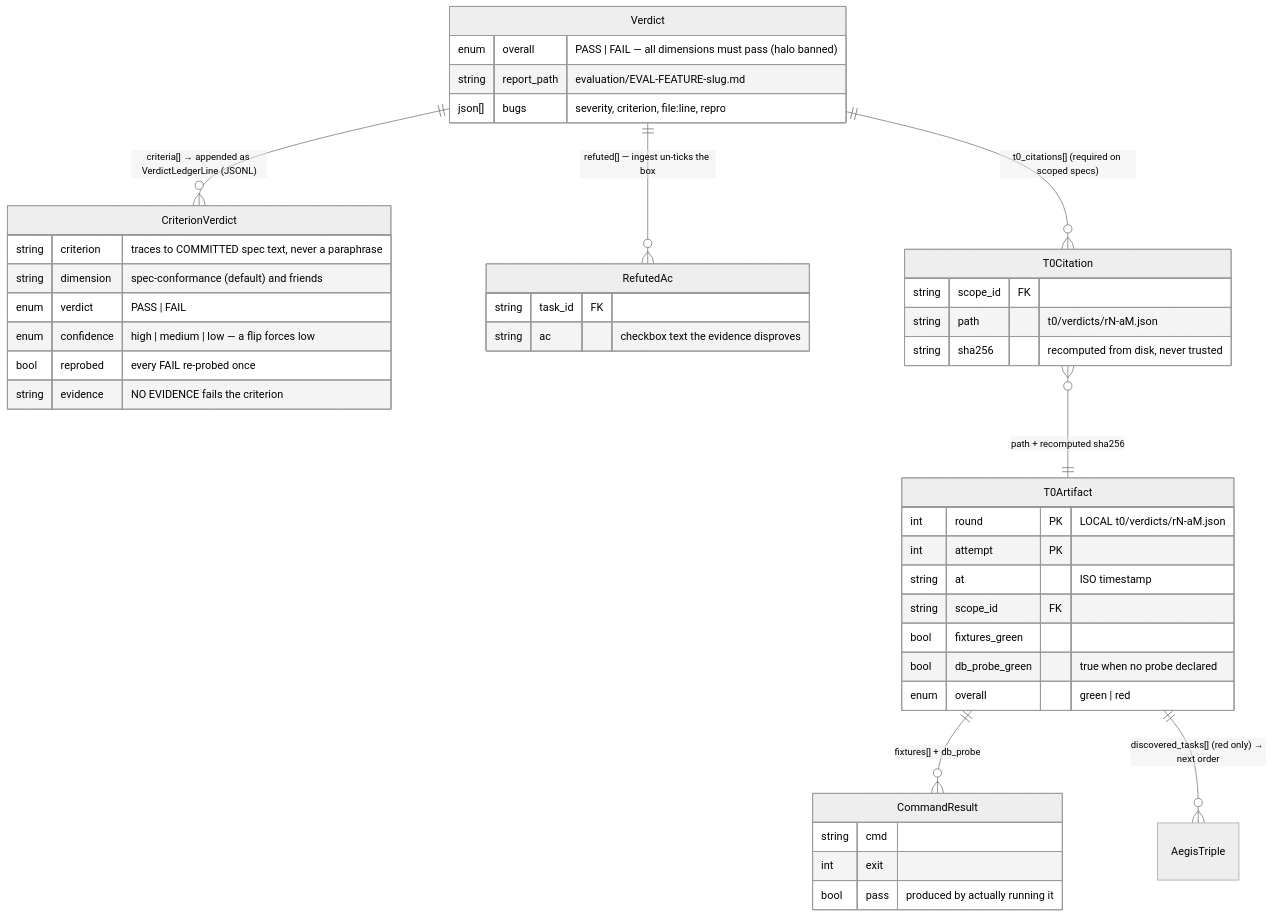
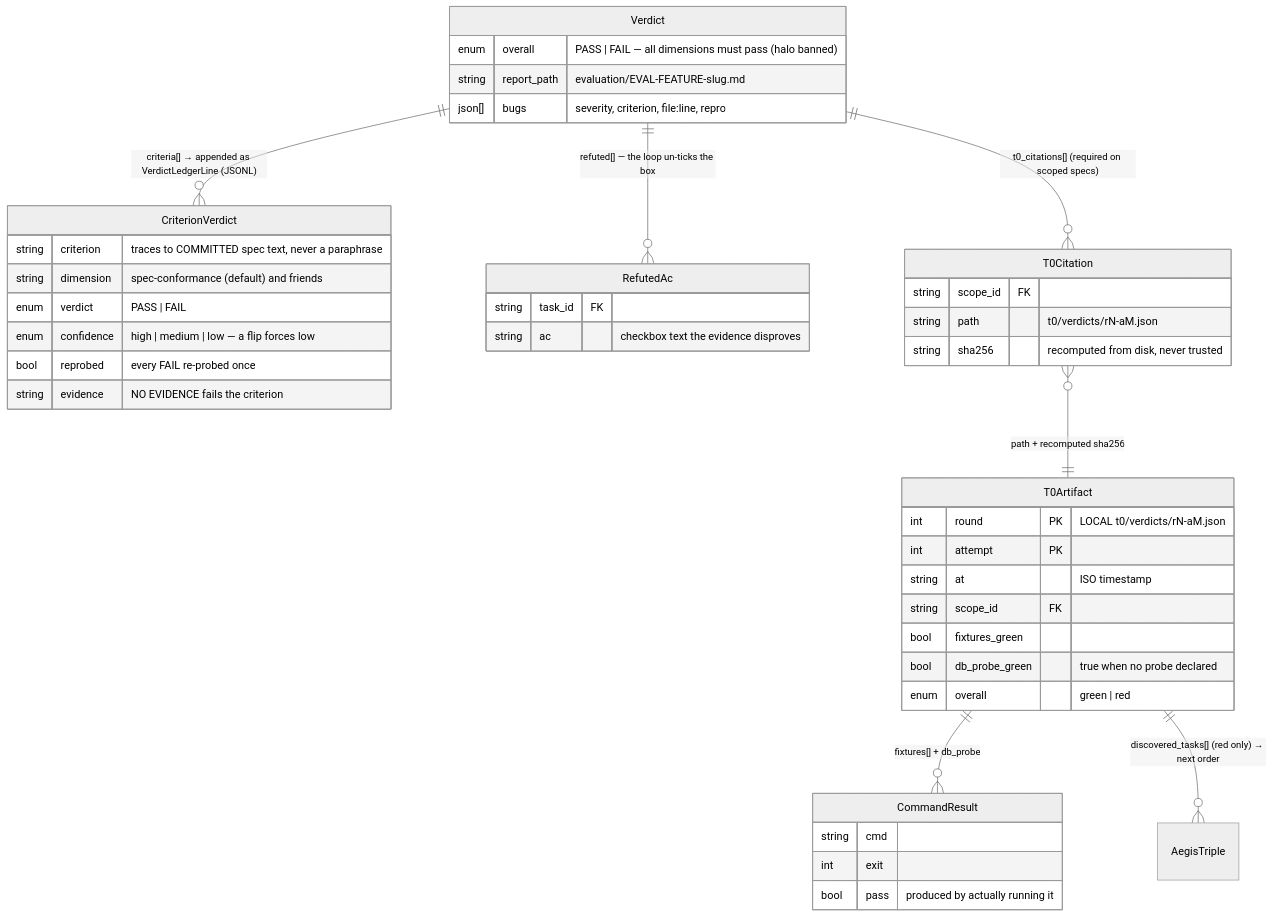
The second of 3 diagrams in docs/design/07-domain-erd.md (nguyenvanphituoc/shapeup-sdlc-plugin), drawn with Mermaid (neutral theme) before and after one commit. The commit also changed other lines of this file and 10 other files, not shown here.

````diff
--- a/docs/design/07-domain-erd.md
+++ b/docs/design/07-domain-erd.md
@@ -143,46 +145,46 @@
 ```mermaid
 erDiagram
     Verdict ||--o{ CriterionVerdict : "criteria[] → appended as VerdictLedgerLine (JSONL)"
-    Verdict ||--o{ RefutedAc : "refuted[] — ingest un-ticks the box"
+    Verdict ||--o{ RefutedAc : "refuted[] — the loop un-ticks the box"
     Verdict ||--o{ T0Citation : "t0_citations[] (required on scoped specs)"
     T0Citation }o--|| T0Artifact : "path + recomputed sha256"
     T0Artifact ||--o{ CommandResult : "fixtures[] + db_probe"
     T0Artifact ||--o{ AegisTriple : "discovered_tasks[] (red only) → next order"
 
     Verdict {
         enum overall "PASS | FAIL — all dimensions must pass (halo banned)"
         string report_path "evaluation/EVAL-FEATURE-slug.md"
         json[] bugs "severity, criterion, file:line, repro"
     }
     CriterionVerdict {
         string criterion "traces to COMMITTED spec text, never a paraphrase"
         string dimension "spec-conformance (default) and friends"
         enum verdict "PASS | FAIL"
         enum confidence "high | medium | low — a flip forces low"
         bool reprobed "every FAIL re-probed once"
         string evidence "NO EVIDENCE fails the criterion"
     }
     RefutedAc {
         string task_id FK
         string ac "checkbox text the evidence disproves"
     }
     T0Citation {
         string scope_id FK
         string path "t0/verdicts/rN-aM.json"
         string sha256 "recomputed from disk, never trusted"
     }
     T0Artifact {
         int round PK "LOCAL t0/verdicts/rN-aM.json"
         int attempt PK
         string at "ISO timestamp"
         string scope_id FK
         bool fixtures_green
         bool db_probe_green "true when no probe declared"
         enum overall "green | red"
     }
     CommandResult {
         string cmd
         int exit
         bool pass "produced by actually running it"
     }
 ```
````
